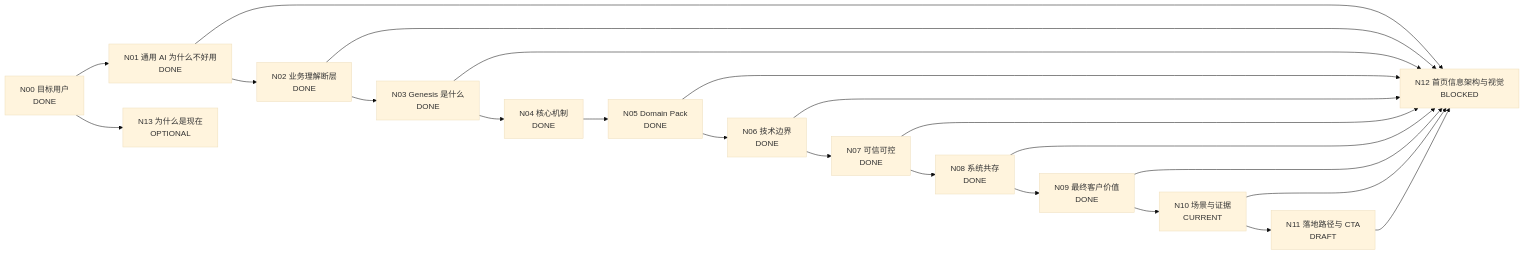
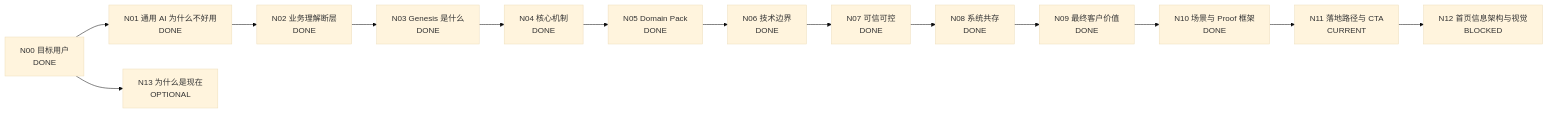
One commit to stevenge-godscode/stevenge-godscode.github.io changed the diagram in docs/product-introduction-dag.md. Above: the diagram before and after it, drawn with Mermaid (base theme). The commit also changed other lines of this file, not shown here.

````diff
--- a/docs/product-introduction-dag.md
+++ b/docs/product-introduction-dag.md
@@ -26,30 +26,20 @@
 ```mermaid
 flowchart LR
     N00["N00 目标用户\nDONE"]
     N01["N01 通用 AI 为什么不好用\nDONE"]
     N02["N02 业务理解断层\nDONE"]
     N03["N03 Genesis 是什么\nDONE"]
     N04["N04 核心机制\nDONE"]
     N05["N05 Domain Pack\nDONE"]
     N06["N06 技术边界\nDONE"]
     N07["N07 可信可控\nDONE"]
     N08["N08 系统共存\nDONE"]
     N09["N09 最终客户价值\nDONE"]
-    N10["N10 场景与证据\nCURRENT"]
-    N11["N11 落地路径与 CTA\nDRAFT"]
+    N10["N10 场景与 Proof 框架\nDONE"]
+    N11["N11 落地路径与 CTA\nCURRENT"]
     N12["N12 首页信息架构与视觉\nBLOCKED"]
     N13["N13 为什么是现在\nOPTIONAL"]
 
-    N00 --> N01 --> N02 --> N03 --> N04 --> N05 --> N06 --> N07 --> N08 --> N09 --> N10 --> N11
-    N01 --> N12
-    N02 --> N12
-    N03 --> N12
-    N05 --> N12
-    N06 --> N12
-    N07 --> N12
-    N08 --> N12
-    N09 --> N12
-    N10 --> N12
-    N11 --> N12
+    N00 --> N01 --> N02 --> N03 --> N04 --> N05 --> N06 --> N07 --> N08 --> N09 --> N10 --> N11 --> N12
     N00 --> N13
 ```
````
